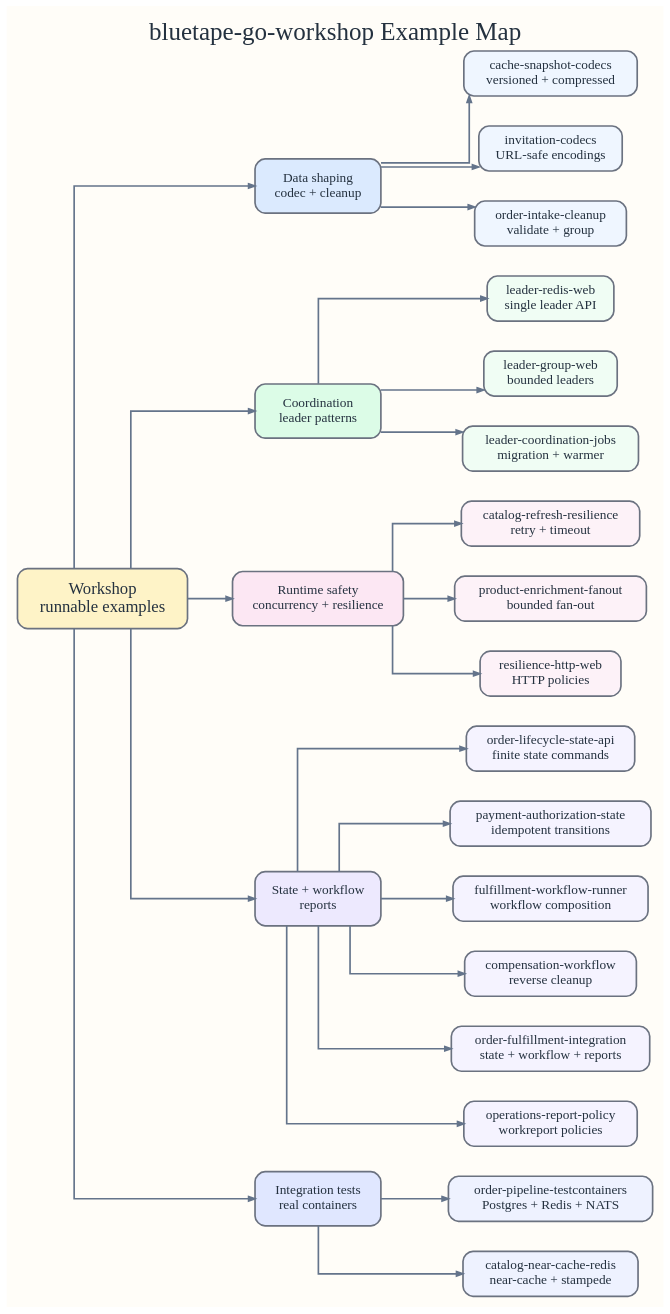
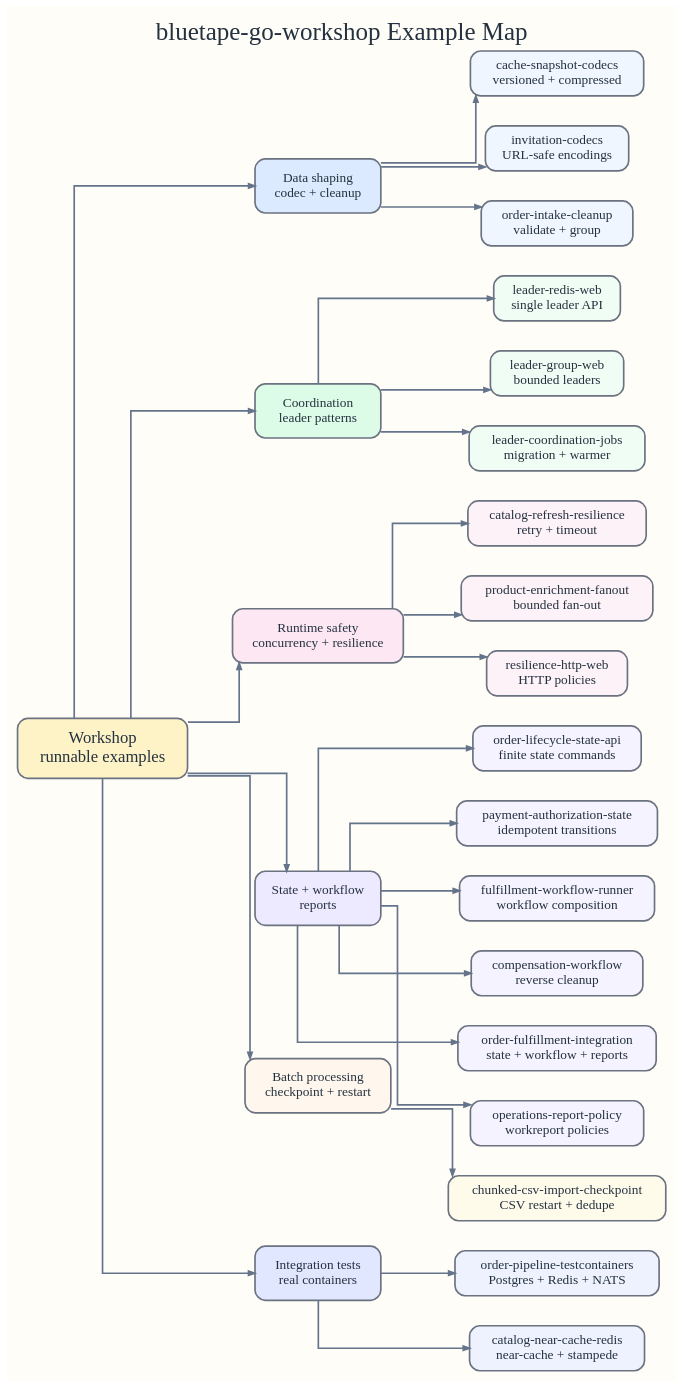
One commit to bluetape4k/bluetape-go-workshop changed the diagram in docs/images/readme-diagrams/workshop-example-map.dot. Above: the diagram before and after it, drawn with Graphviz. The commit also changed 39 other files, not shown here.

First line of the commit message:
Teach checkpoint restart with a chunked CSV import

```diff
--- a/docs/images/readme-diagrams/workshop-example-map.dot
+++ b/docs/images/readme-diagrams/workshop-example-map.dot
@@ -1,83 +1,87 @@
 digraph G {
   graph [
     rankdir=LR,
     bgcolor="#fffdf8",
     margin=0.18,
     pad=0.18,
     nodesep=0.5,
     ranksep=0.75,
     splines=ortho,
     fontnames=svg,
     fontname="Architects Daughter",
     label="bluetape-go-workshop Example Map",
     labelloc=t,
     fontsize=30,
     fontcolor="#24313f"
   ];
   node [
     shape=rect,
     style="rounded,filled",
     penwidth=2,
     fontname="Comic Mono",
     fontsize=16,
     color="#6b7280",
     fontcolor="#24313f",
     margin="0.16,0.12"
   ];
   edge [
     color="#64748b",
     penwidth=2,
     arrowsize=0.75,
     fontname="Comic Mono",
     fontsize=12,
     fontcolor="#475569"
   ];
 
   workshop [label="Workshop\nrunnable examples", fillcolor="#fef3c7", fontname="Architects Daughter", fontsize=20, width=2.4, height=1.0];
   data [label="Data shaping\ncodec + cleanup", fillcolor="#dbeafe", width=2.1, height=0.9];
   leadership [label="Coordination\nleader patterns", fillcolor="#dcfce7", width=2.1, height=0.9];
   runtime [label="Runtime safety\nconcurrency + resilience", fillcolor="#fce7f3", width=2.35, height=0.9];
   stateflow [label="State + workflow\nreports", fillcolor="#ede9fe", width=2.1, height=0.9];
+  batch [label="Batch processing\ncheckpoint + restart", fillcolor="#fff7ed", width=2.3, height=0.9];
   integration [label="Integration tests\nreal containers", fillcolor="#e0e7ff", width=2.1, height=0.9];
 
   snapshot [label="cache-snapshot-codecs\nversioned + compressed", fillcolor="#eff6ff"];
   invites [label="invitation-codecs\nURL-safe encodings", fillcolor="#eff6ff"];
   cleanup [label="order-intake-cleanup\nvalidate + group", fillcolor="#eff6ff"];
   singleLeader [label="leader-redis-web\nsingle leader API", fillcolor="#f0fdf4"];
   groupLeader [label="leader-group-web\nbounded leaders", fillcolor="#f0fdf4"];
   jobs [label="leader-coordination-jobs\nmigration + warmer", fillcolor="#f0fdf4"];
   refresh [label="catalog-refresh-resilience\nretry + timeout", fillcolor="#fdf2f8"];
   enrich [label="product-enrichment-fanout\nbounded fan-out", fillcolor="#fdf2f8"];
   http [label="resilience-http-web\nHTTP policies", fillcolor="#fdf2f8"];
   orderState [label="order-lifecycle-state-api\nfinite state commands", fillcolor="#f5f3ff"];
   paymentState [label="payment-authorization-state\nidempotent transitions", fillcolor="#f5f3ff"];
   fulfillment [label="fulfillment-workflow-runner\nworkflow composition", fillcolor="#f5f3ff"];
   compensation [label="compensation-workflow\nreverse cleanup", fillcolor="#f5f3ff"];
   fulfillmentIntegration [label="order-fulfillment-integration\nstate + workflow + reports", fillcolor="#f5f3ff"];
   reports [label="operations-report-policy\nworkreport policies", fillcolor="#f5f3ff"];
+  csvCheckpoint [label="chunked-csv-import-checkpoint\nCSV restart + dedupe", fillcolor="#fffbeb"];
   pipeline [label="order-pipeline-testcontainers\nPostgres + Redis + NATS", fillcolor="#eef2ff"];
   catalogCache [label="catalog-near-cache-redis\nnear-cache + stampede", fillcolor="#eef2ff"];
 
   workshop -> data;
   workshop -> leadership;
   workshop -> runtime;
   workshop -> stateflow;
+  workshop -> batch;
   workshop -> integration;
   data -> snapshot;
   data -> invites;
   data -> cleanup;
   leadership -> singleLeader;
   leadership -> groupLeader;
   leadership -> jobs;
   runtime -> refresh;
   runtime -> enrich;
   runtime -> http;
   stateflow -> orderState;
   stateflow -> paymentState;
   stateflow -> fulfillment;
   stateflow -> compensation;
   stateflow -> fulfillmentIntegration;
   stateflow -> reports;
+  batch -> csvCheckpoint;
   integration -> pipeline;
   integration -> catalogCache;
 }
```
